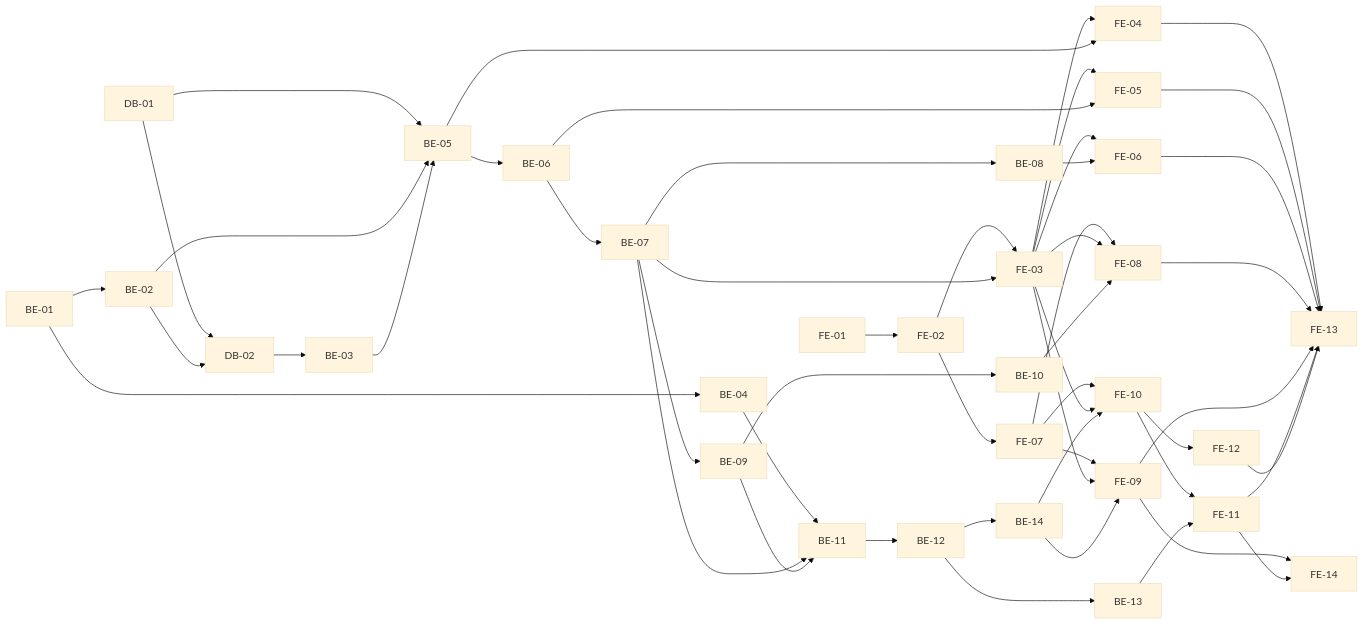
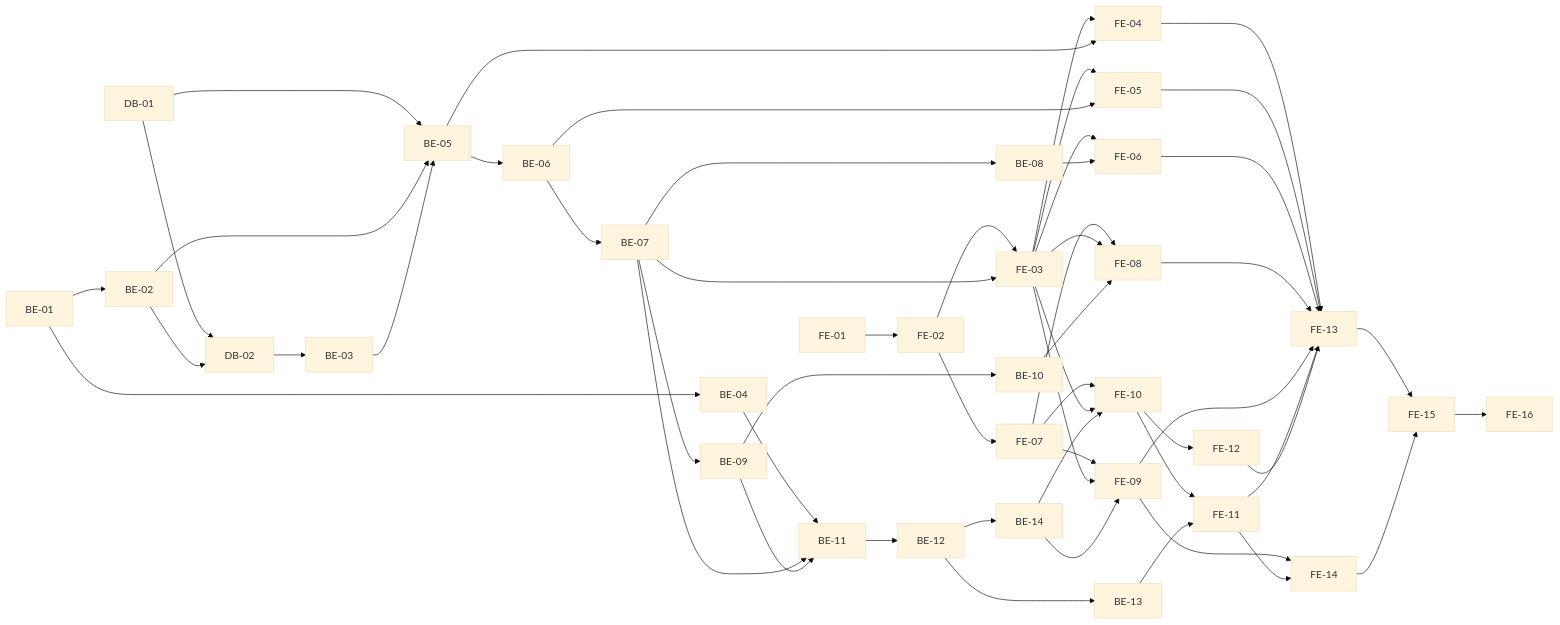
Before and after one commit to jeongsulee/team-caltalk: the diagram in docs/8-plan.md, drawn with Mermaid (base theme). The commit also changed other lines of this file and 45 other files, not shown here.

````diff
--- a/docs/8-plan.md
+++ b/docs/8-plan.md
@@ -63,54 +65,57 @@
 ```mermaid
 flowchart LR
     DB01["DB-01"] --> DB02["DB-02"]
     BE01["BE-01"] --> BE02["BE-02"]
     BE02 --> DB02
     DB02 --> BE03["BE-03"]
     BE01 --> BE04["BE-04"]
     DB01 --> BE05["BE-05"]
     BE02 --> BE05
     BE03 --> BE05
     BE05 --> BE06["BE-06"]
     BE06 --> BE07["BE-07"]
     BE07 --> BE08["BE-08"]
     BE07 --> BE09["BE-09"]
     BE09 --> BE10["BE-10"]
     BE04 --> BE11["BE-11"]
     BE07 --> BE11
     BE09 --> BE11
     BE11 --> BE12["BE-12"]
     BE12 --> BE13["BE-13"]
     BE12 --> BE14["BE-14"]
 
     FE01["FE-01"] --> FE02["FE-02"]
     FE02 --> FE03["FE-03"]
     BE07 --> FE03
     FE03 --> FE04["FE-04"]
     BE05 --> FE04
     FE03 --> FE05["FE-05"]
     BE06 --> FE05
     FE03 --> FE06["FE-06"]
     BE08 --> FE06
     FE02 --> FE07["FE-07"]
     FE07 --> FE08["FE-08"]
     FE03 --> FE08
     BE10 --> FE08
     FE07 --> FE09["FE-09"]
     FE03 --> FE09
     BE14 --> FE09
     FE07 --> FE10["FE-10"]
     FE03 --> FE10
     BE14 --> FE10
     FE10 --> FE11["FE-11"]
     BE13 --> FE11
     FE10 --> FE12["FE-12"]
     FE04 --> FE13["FE-13"]
     FE05 --> FE13
     FE06 --> FE13
     FE08 --> FE13
     FE09 --> FE13
     FE11 --> FE13
     FE12 --> FE13
     FE09 --> FE14["FE-14"]
     FE11 --> FE14
+    FE13 --> FE15["FE-15"]
+    FE14 --> FE15
+    FE15 --> FE16["FE-16"]
 ```
````
